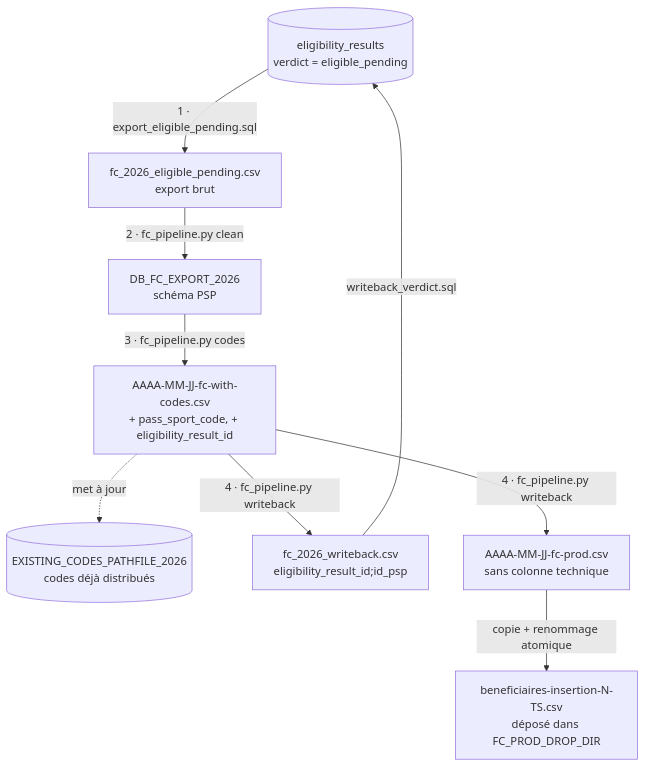
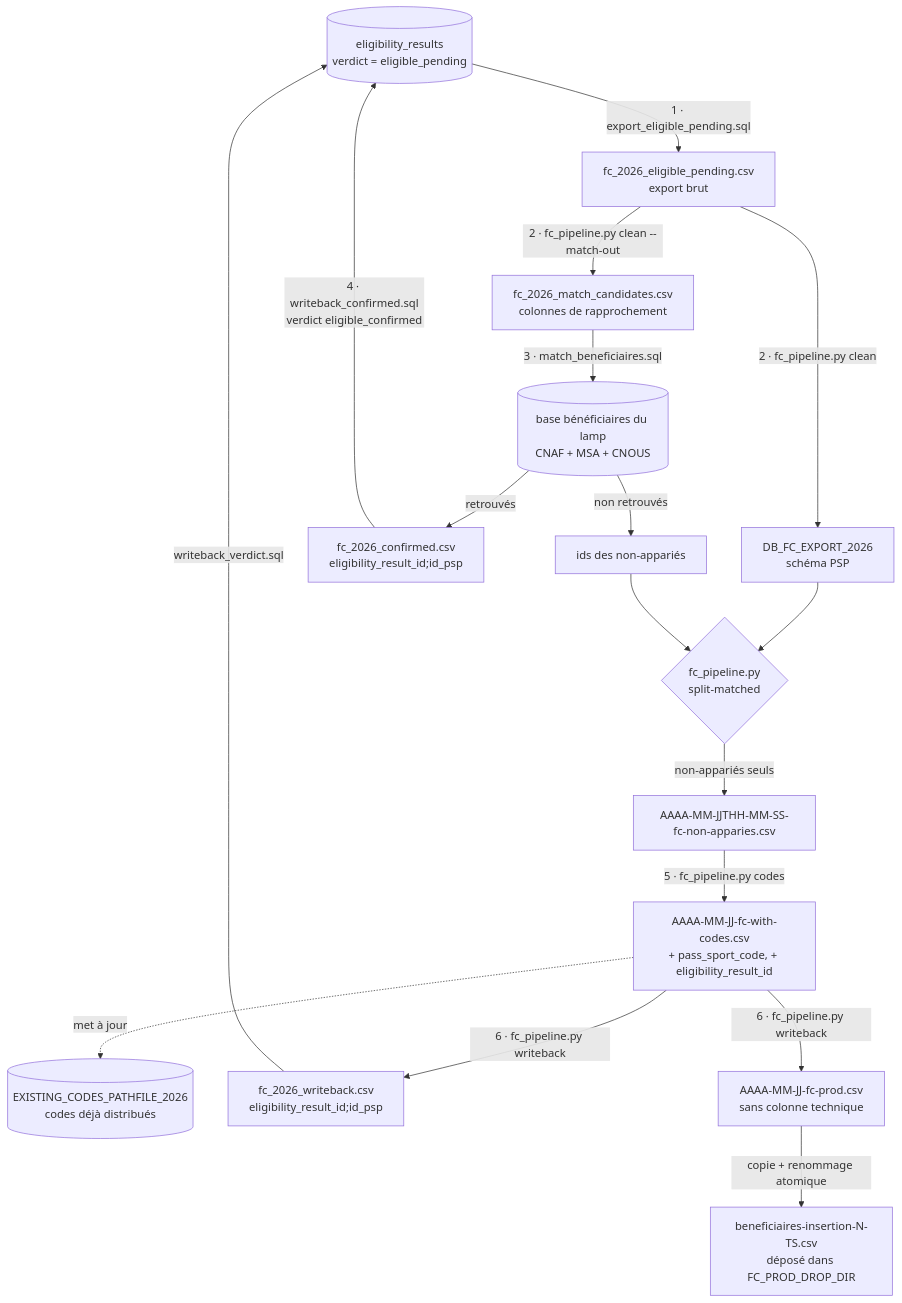
The diagram in data/2026/partners/franceconnect/README.md (betagouv/pass-sport), drawn with Mermaid before and after one commit. The commit also changed other lines of this file and 17 other files, not shown here.

````diff
--- a/data/2026/partners/franceconnect/README.md
+++ b/data/2026/partners/franceconnect/README.md
@@ -23,13 +34,25 @@
 ```mermaid
 flowchart TD
     DB[("eligibility_results<br/>verdict = eligible_pending")]
+    LAMP[("base bénéficiaires du lamp<br/>CNAF + MSA + CNOUS")]
 
     DB -->|"1 · export_eligible_pending.sql"| F1["fc_2026_eligible_pending.csv<br/>export brut"]
     F1 -->|"2 · fc_pipeline.py clean"| F2["DB_FC_EXPORT_2026<br/>schéma PSP"]
-    F2 -->|"3 · fc_pipeline.py codes"| F3["AAAA-MM-JJ-fc-with-codes.csv<br/>+ pass_sport_code, + eligibility_result_id"]
+    F1 -->|"2 · fc_pipeline.py clean --match-out"| M1["fc_2026_match_candidates.csv<br/>colonnes de rapprochement"]
+
+    M1 -->|"3 · match_beneficiaires.sql"| LAMP
+    LAMP -->|"retrouvés"| M2["fc_2026_confirmed.csv<br/>eligibility_result_id;id_psp"]
+    LAMP -->|"non retrouvés"| M3["ids des non-appariés"]
+    M2 -->|"4 · writeback_confirmed.sql<br/>verdict eligible_confirmed"| DB
+
+    F2 --> SPLIT{"fc_pipeline.py<br/>split-matched"}
+    M3 --> SPLIT
+    SPLIT -->|"non-appariés seuls"| F2B["AAAA-MM-JJTHH-MM-SS-fc-non-apparies.csv"]
+
+    F2B -->|"5 · fc_pipeline.py codes"| F3["AAAA-MM-JJ-fc-with-codes.csv<br/>+ pass_sport_code, + eligibility_result_id"]
     F3 -. met à jour .-> CODES[("EXISTING_CODES_PATHFILE_2026<br/>codes déjà distribués")]
-    F3 -->|"4 · fc_pipeline.py writeback"| F4A["fc_2026_writeback.csv<br/>eligibility_result_id;id_psp"]
-    F3 -->|"4 · fc_pipeline.py writeback"| F4B["AAAA-MM-JJ-fc-prod.csv<br/>sans colonne technique"]
+    F3 -->|"6 · fc_pipeline.py writeback"| F4A["fc_2026_writeback.csv<br/>eligibility_result_id;id_psp"]
+    F3 -->|"6 · fc_pipeline.py writeback"| F4B["AAAA-MM-JJ-fc-prod.csv<br/>sans colonne technique"]
     F4A -->|"writeback_verdict.sql"| DB
     F4B -->|"copie + renommage atomique"| DEPOT["beneficiaires-insertion-N-TS.csv<br/>déposé dans FC_PROD_DROP_DIR"]
 ```
````
